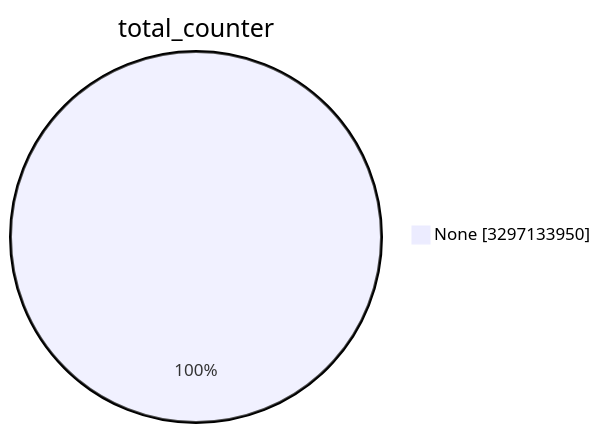
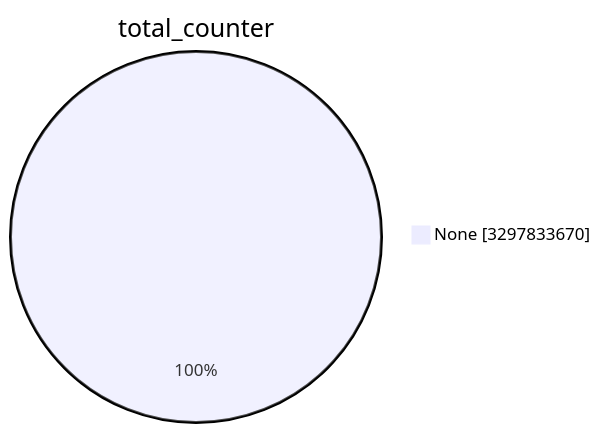
The first of 15 diagrams in TOTAL/README.md (christiankrug/ctmonitor_visualization), drawn with Mermaid before and after one commit. The commit also changed other lines of this file, not shown here.

````diff
--- a/TOTAL/README.md
+++ b/TOTAL/README.md
@@ -1,5 +1,5 @@
 ```mermaid
 pie showData
 title total_counter
-"None" :3297133950
+"None" :3297833670
 ```
````
